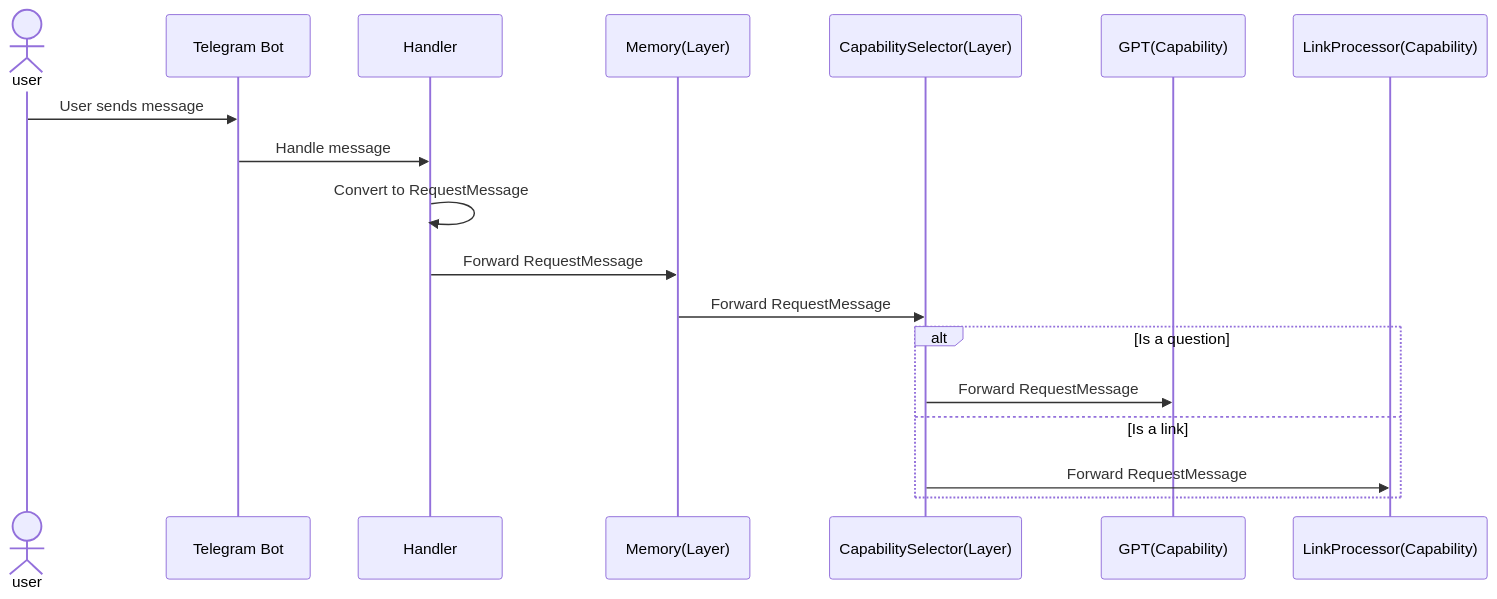
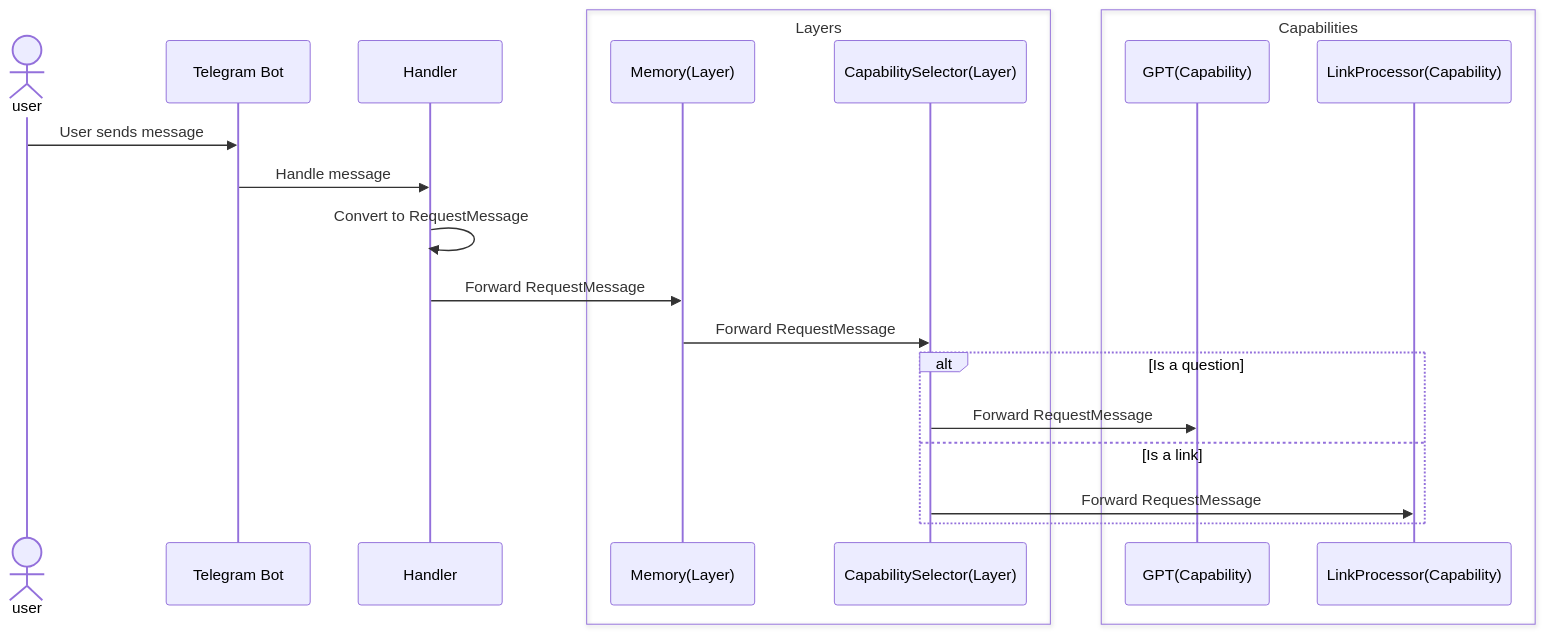
One commit to divanvisagie/ratatoskr changed the diagram in README.md. Above: the diagram before and after it, drawn with Mermaid. The commit also changed other lines of this file, not shown here.

````diff
--- a/README.md
+++ b/README.md
@@ -12,22 +14,29 @@
 ```mermaid
 sequenceDiagram
+
     actor U as user
     participant TB as Telegram Bot
+
     participant H as Handler
+    box Layers
     participant ML as Memory(Layer)
     participant CS as CapabilitySelector(Layer)
+    end
+
+    box Capabilities
     participant G as GPT(Capability)
     participant C as LinkProcessor(Capability)
+    end
 
     U->>TB: User sends message
     TB->>H: Handle message
     H->>H: Convert to RequestMessage
     H->>ML: Forward RequestMessage
     ML->>CS: Forward RequestMessage
 
     alt Is a question
     CS->>G: Forward RequestMessage
     else Is a link
     CS->>C: Forward RequestMessage
     end
 ```
````
